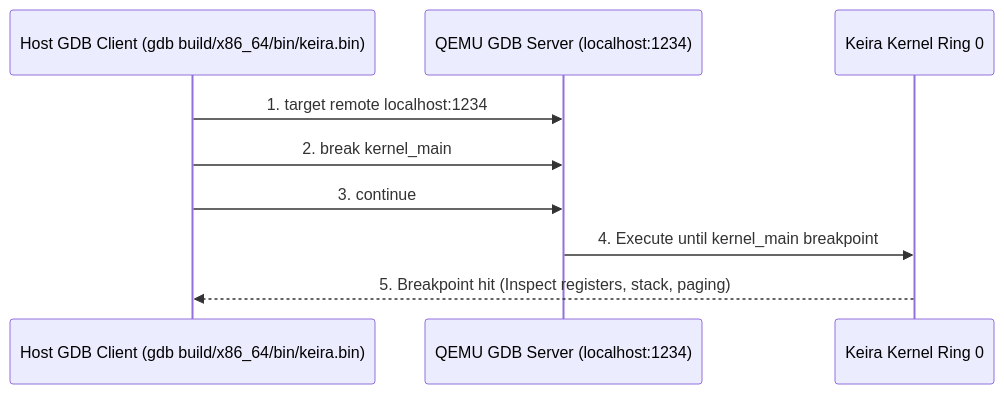
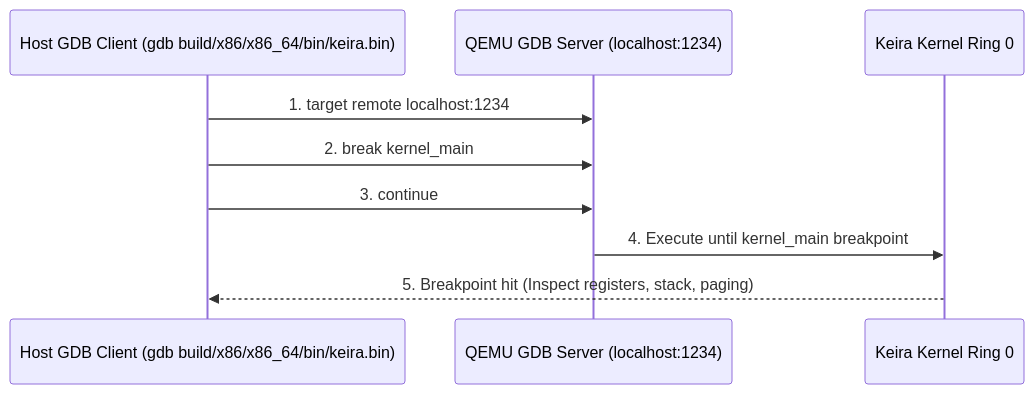
Before and after one commit to mrvlous/keira: the diagram in docs/contributing/verification/debugging.md, drawn with Mermaid. The commit also changed other lines of this file and 2 other files, not shown here.

Commit message:
build(make): isolate build directory hierarchy under build/x86 subtrees

````diff
--- a/docs/contributing/verification/debugging.md
+++ b/docs/contributing/verification/debugging.md
@@ -11,12 +11,12 @@
 ```mermaid
 sequenceDiagram
-    participant HostGDB as Host GDB Client (gdb build/x86_64/bin/keira.bin)
+    participant HostGDB as Host GDB Client (gdb build/x86/x86_64/bin/keira.bin)
     participant QEMUTCP as QEMU GDB Server (localhost:1234)
     participant Kernel as Keira Kernel Ring 0
 
     HostGDB->>QEMUTCP: 1. target remote localhost:1234
     HostGDB->>QEMUTCP: 2. break kernel_main
     HostGDB->>QEMUTCP: 3. continue
     QEMUTCP->>Kernel: 4. Execute until kernel_main breakpoint
     Kernel-->>HostGDB: 5. Breakpoint hit (Inspect registers, stack, paging)
 ```
````
